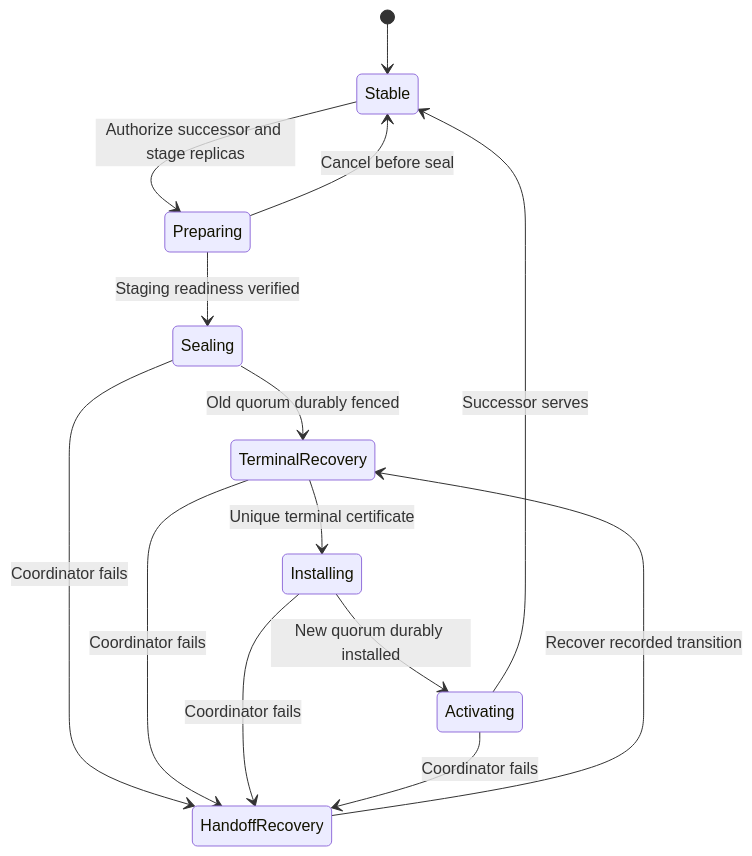
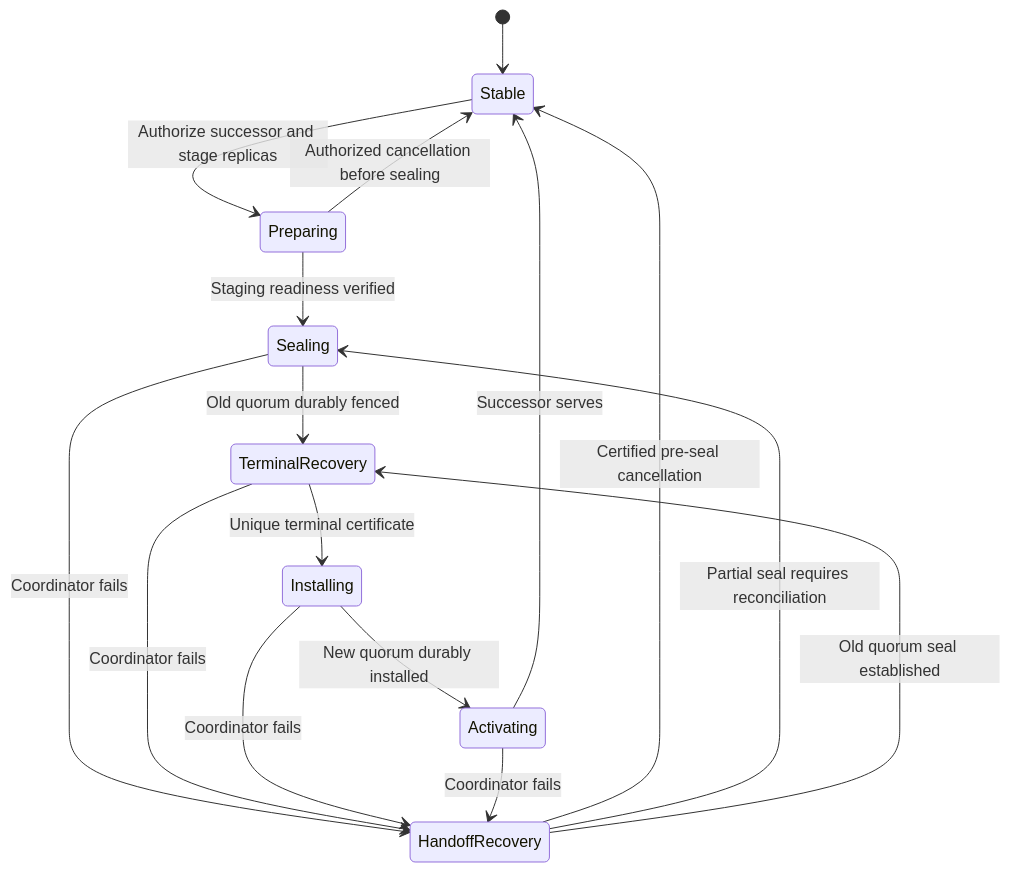
The sixth of 9 diagrams in docs/design/tuplesky-design.md (tuplesky/tuplesky), drawn with Mermaid before and after one commit. The commit also changed other lines of this file and 3 other files, not shown here.

````diff
--- a/docs/design/tuplesky-design.md
+++ b/docs/design/tuplesky-design.md
@@ -787,16 +789,18 @@
 ```mermaid
 stateDiagram-v2
     [*] --> Stable
     Stable --> Preparing: Authorize successor and stage replicas
-    Preparing --> Stable: Cancel before seal
+    Preparing --> Stable: Authorized cancellation before sealing
     Preparing --> Sealing: Staging readiness verified
     Sealing --> TerminalRecovery: Old quorum durably fenced
     TerminalRecovery --> Installing: Unique terminal certificate
     Installing --> Activating: New quorum durably installed
     Activating --> Stable: Successor serves
     Sealing --> HandoffRecovery: Coordinator fails
     TerminalRecovery --> HandoffRecovery: Coordinator fails
     Installing --> HandoffRecovery: Coordinator fails
     Activating --> HandoffRecovery: Coordinator fails
-    HandoffRecovery --> TerminalRecovery: Recover recorded transition
+    HandoffRecovery --> Stable: Certified pre-seal cancellation
+    HandoffRecovery --> Sealing: Partial seal requires reconciliation
+    HandoffRecovery --> TerminalRecovery: Old quorum seal established
 ```
````
